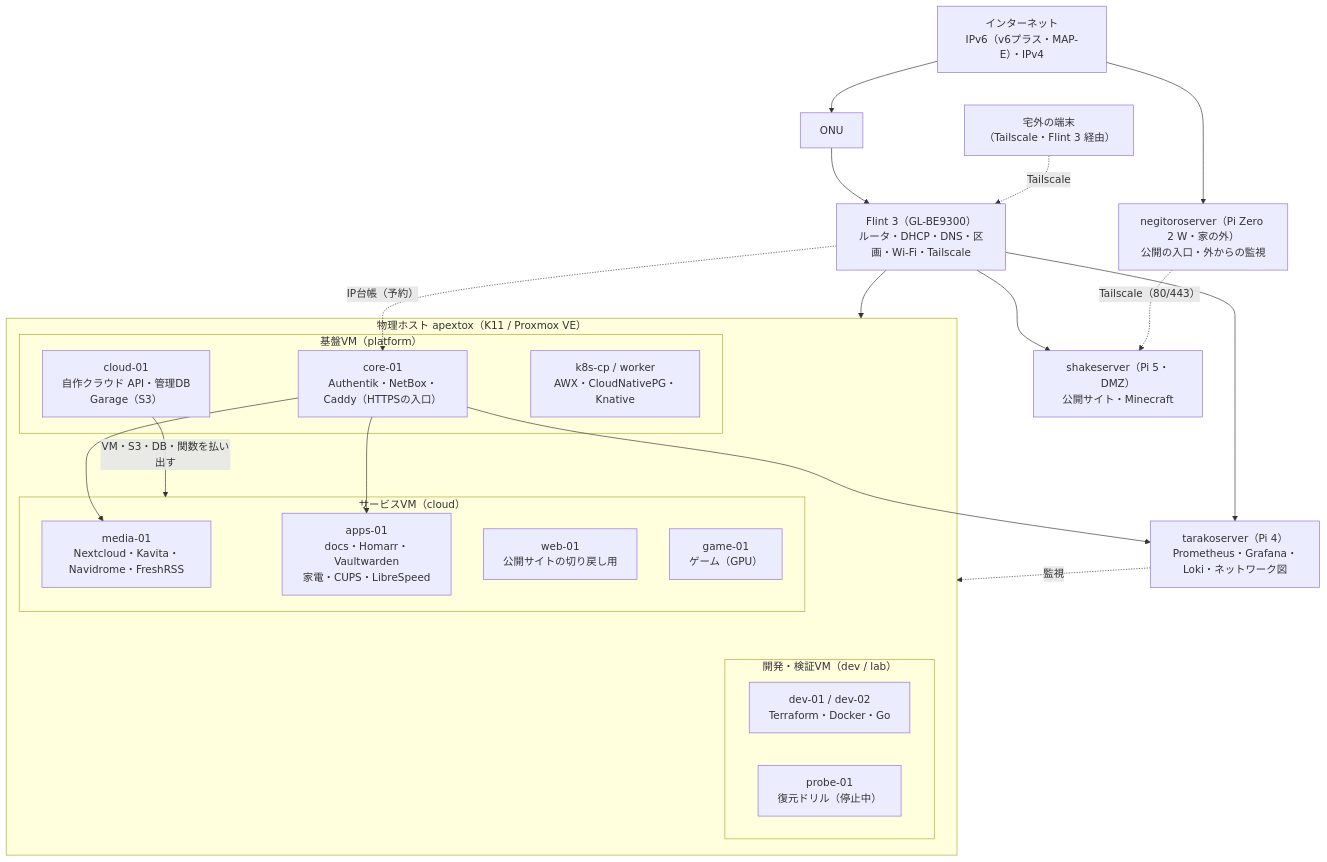
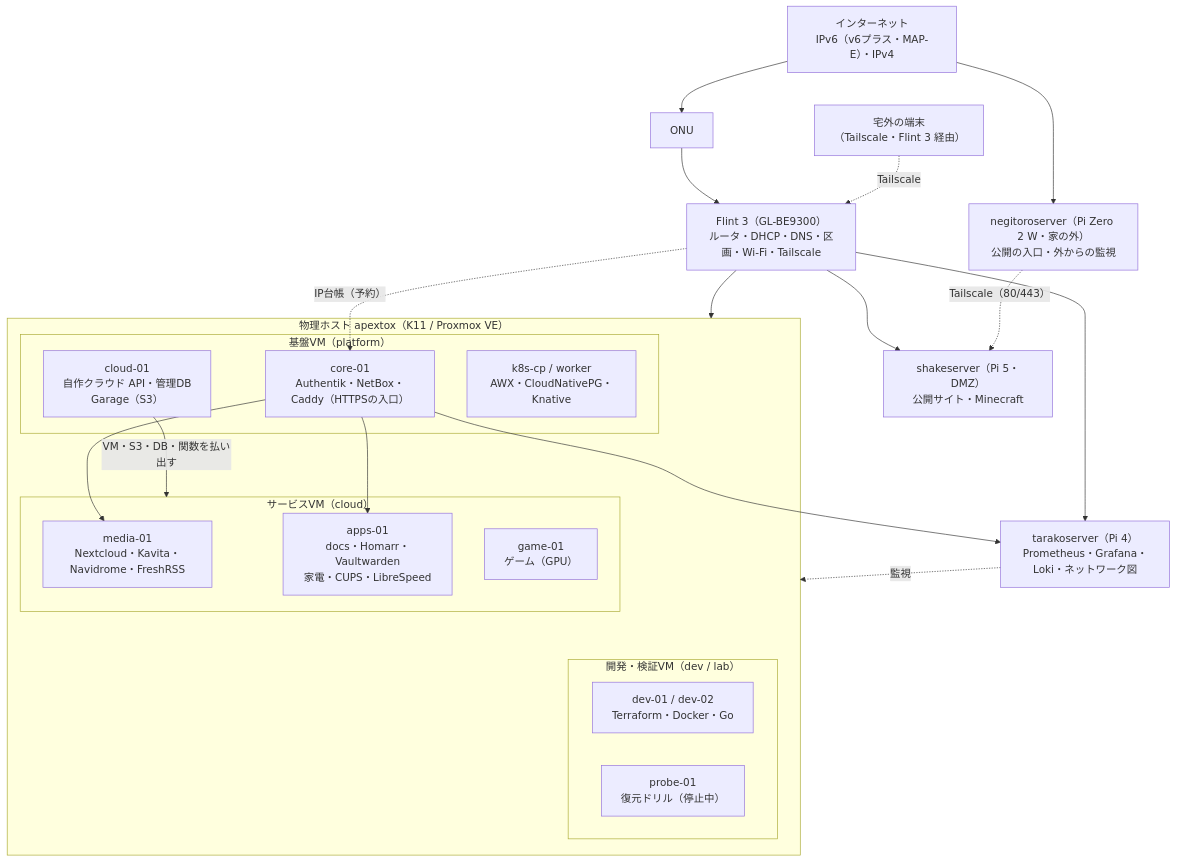
Before and after one commit to rurutheGeek/shake-cloud: the diagram in docs/architecture/diagrams/overview.mmd, drawn with Mermaid. The commit also changed 37 other files, not shown here.

```diff
--- a/docs/architecture/diagrams/overview.mmd
+++ b/docs/architecture/diagrams/overview.mmd
@@ -1,40 +1,39 @@
 flowchart TB
   internet["インターネット<br/>IPv6（v6プラス・MAP-E）・IPv4"]
   onu["ONU"]
   remote["宅外の端末<br/>（Tailscale・Flint 3 経由）"]
   relay["negitoroserver（Pi Zero 2 W・家の外）<br/>公開の入口・外からの監視"]
   router["Flint 3（GL-BE9300）<br/>ルータ・DHCP・DNS・区画・Wi-Fi・Tailscale"]
 
   subgraph host["物理ホスト apextox（K11 / Proxmox VE）"]
     subgraph infra["基盤VM（platform）"]
       core01["core-01<br/>Authentik・NetBox・Caddy（HTTPSの入口）"]
       cloud01["cloud-01<br/>自作クラウド API・管理DB<br/>Garage（S3）"]
       k8s["k8s-cp / worker<br/>AWX・CloudNativePG・Knative"]
     end
     subgraph svcpool["サービスVM（cloud）"]
       media["media-01<br/>Nextcloud・Kavita・Navidrome・FreshRSS"]
       apps["apps-01<br/>docs・Homarr・Vaultwarden<br/>家電・CUPS・LibreSpeed"]
-      web["web-01<br/>公開サイトの切り戻し用"]
       game["game-01<br/>ゲーム（GPU）"]
     end
     subgraph devpool["開発・検証VM（dev / lab）"]
       dev["dev-01 / dev-02<br/>Terraform・Docker・Go"]
       probe["probe-01<br/>復元ドリル（停止中）"]
     end
   end
   taraco["tarakoserver（Pi 4）<br/>Prometheus・Grafana・Loki・ネットワーク図"]
   shake["shakeserver（Pi 5・DMZ）<br/>公開サイト・Minecraft"]
 
   internet --> onu --> router
   router --> host
   router --> taraco
   router --> shake
   remote -. Tailscale .-> router
   internet --> relay
   relay -. "Tailscale（80/443）" .-> shake
   cloud01 -- "VM・S3・DB・関数を払い出す" --> svcpool
   core01 --> apps
   core01 --> media
   core01 --> taraco
   taraco -. "監視" .-> host
   router -. "IP台帳（予約）" .-> core01
```
